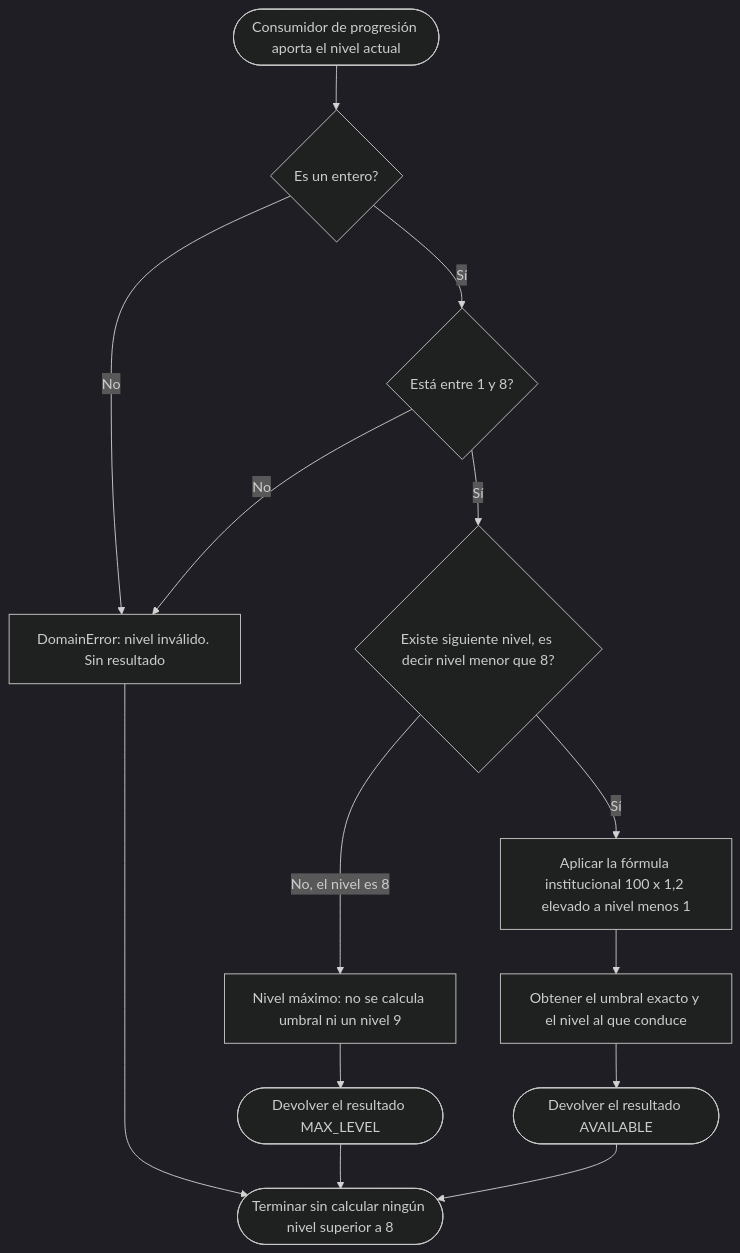
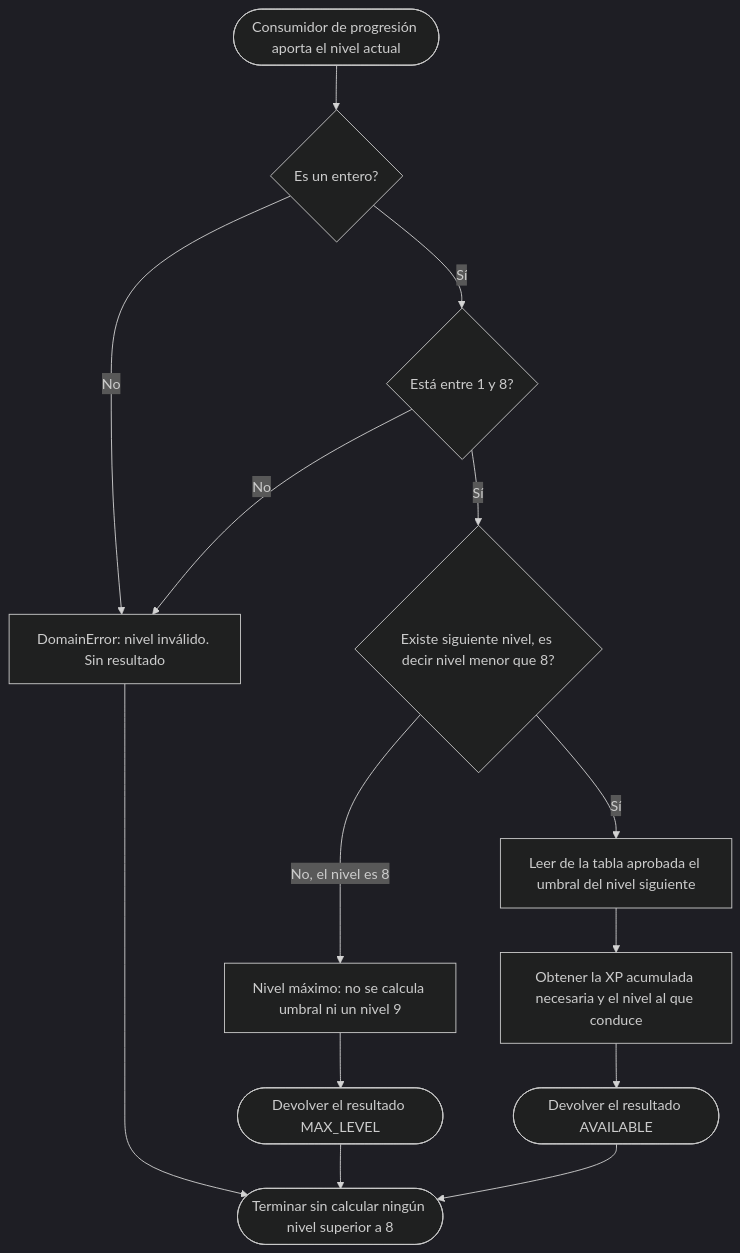
The first of 4 diagrams in docs/hu-08-progresion.md (Nexus-Battle-VI/Nexus-Battle-Player-Inventory), drawn with Mermaid (dark theme) before and after one commit. The commit also changed other lines of this file and 1 other file, not shown here.

````diff
--- a/docs/hu-08-progresion.md
+++ b/docs/hu-08-progresion.md
@@ -282,16 +505,16 @@
 ```mermaid
 flowchart TD
   A([Consumidor de progresión aporta el nivel actual]) --> B{Es un entero?}
   B -->|No| Z[DomainError: nivel inválido. Sin resultado]
   B -->|Sí| C{Está entre 1 y 8?}
   C -->|No| Z
   C -->|Sí| D{Existe siguiente nivel, es decir nivel menor que 8?}
   D -->|No, el nivel es 8| E[Nivel máximo: no se calcula umbral ni un nivel 9]
-  D -->|Sí| F[Aplicar la fórmula institucional 100 x 1,2 elevado a nivel menos 1]
-  F --> G[Obtener el umbral exacto y el nivel al que conduce]
+  D -->|Sí| F[Leer de la tabla aprobada el umbral del nivel siguiente]
+  F --> G[Obtener la XP acumulada necesaria y el nivel al que conduce]
   E --> H([Devolver el resultado MAX_LEVEL])
   G --> I([Devolver el resultado AVAILABLE])
   Z --> J([Terminar sin calcular ningún nivel superior a 8])
   H --> J
   I --> J
 ```
````
